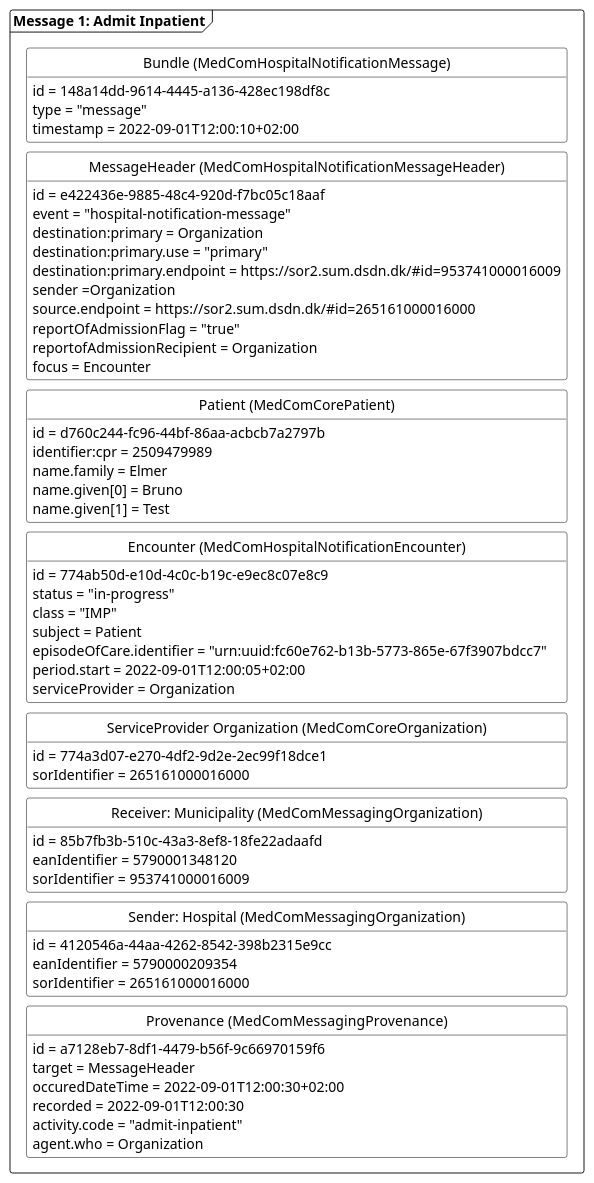
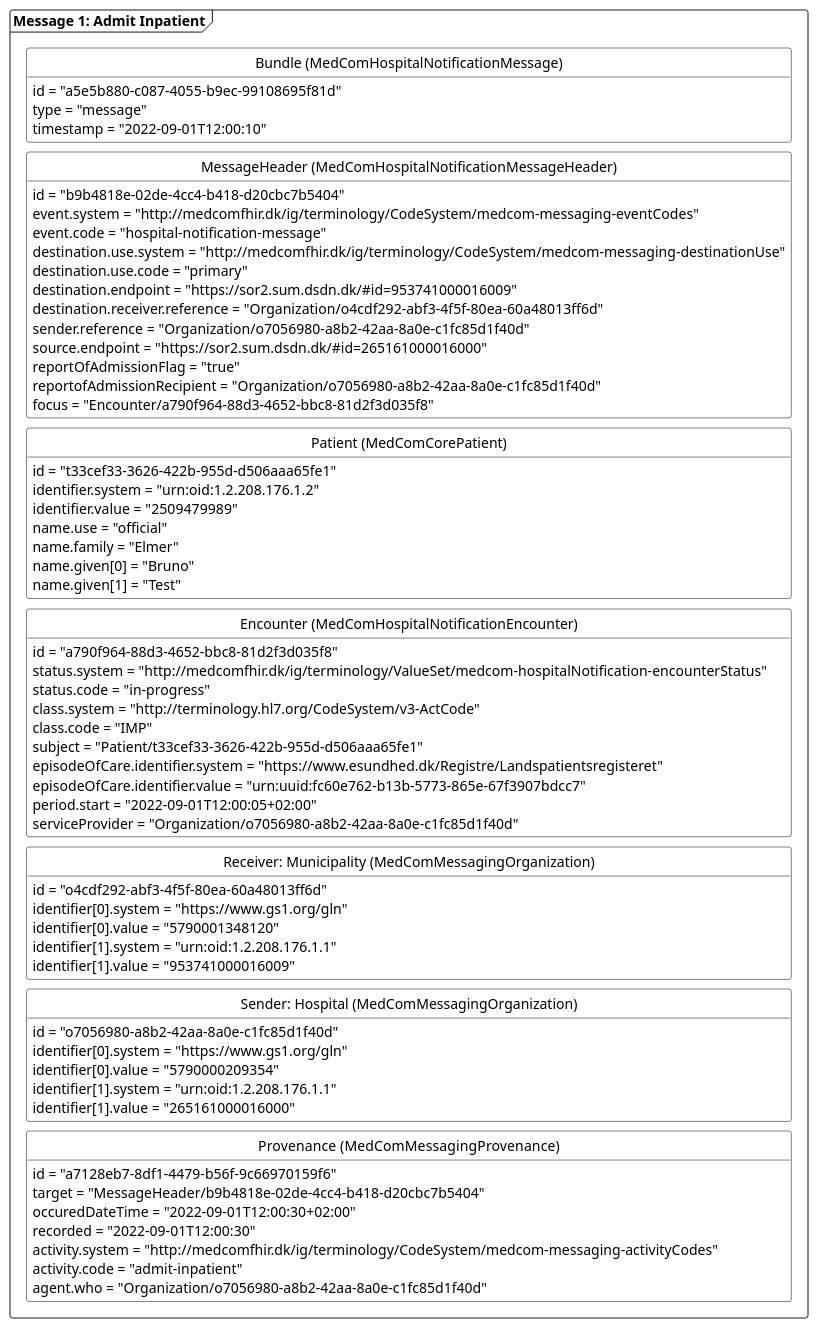
The diagram in puml/HospitalNotificationAdmitinpatient.puml (medcomdk/dk-medcom-hospitalnotification), drawn with PlantUML before and after one commit. The commit also changed 7 other files, not shown here.

```diff
--- a/puml/HospitalNotificationAdmitinpatient.puml
+++ b/puml/HospitalNotificationAdmitinpatient.puml
@@ -1,82 +1,88 @@
 @startuml HNAdmitInPat
 
 'layout
 skinparam class {
     BackgroundColor White
     BorderColor Black
     ArrowColor Black
   }
 hide circle
 hide empty members
 skinparam SameClassWidth true
 skinparam Ranksep 10
 
 'Message 1: Admit inpatient
 package "Message 1: Admit Inpatient" as admit <<Frame>>{
-    class "Bundle (MedComHospitalNotificationMessage)" as admitB{
-        id = 148a14dd-9614-4445-a136-428ec198df8c
+     class "Bundle (MedComHospitalNotificationMessage)" as admitB{
+        id = "a5e5b880-c087-4055-b9ec-99108695f81d"
         type = "message"
-        timestamp = 2022-09-01T12:00:10+02:00
+        timestamp = "2022-09-01T12:00:10"
     }
     class "MessageHeader (MedComHospitalNotificationMessageHeader)" as admitMH{
-        id = e422436e-9885-48c4-920d-f7bc05c18aaf
-        event = "hospital-notification-message"
-        destination:primary = Organization
-        destination:primary.use = "primary"
-        destination:primary.endpoint = https://sor2.sum.dsdn.dk/#id=953741000016009
-        sender =Organization
-        source.endpoint = https://sor2.sum.dsdn.dk/#id=265161000016000
+        id = "b9b4818e-02de-4cc4-b418-d20cbc7b5404"
+        event.system = "http://medcomfhir.dk/ig/terminology/CodeSystem/medcom-messaging-eventCodes"
+        event.code = "hospital-notification-message"
+        destination.use.system = "http://medcomfhir.dk/ig/terminology/CodeSystem/medcom-messaging-destinationUse"
+        destination.use.code = "primary"
+        destination.endpoint = "https://sor2.sum.dsdn.dk/#id=953741000016009"
+        destination.receiver.reference = "Organization/o4cdf292-abf3-4f5f-80ea-60a48013ff6d"
+        sender.reference = "Organization/o7056980-a8b2-42aa-8a0e-c1fc85d1f40d"
+        source.endpoint = "https://sor2.sum.dsdn.dk/#id=265161000016000"
         reportOfAdmissionFlag = "true"
-        reportofAdmissionRecipient = Organization
-        focus = Encounter
+        reportofAdmissionRecipient = "Organization/o7056980-a8b2-42aa-8a0e-c1fc85d1f40d"
+        focus = "Encounter/a790f964-88d3-4652-bbc8-81d2f3d035f8"
     }
     class "Patient (MedComCorePatient)" as admitPT{
-        id = d760c244-fc96-44bf-86aa-acbcb7a2797b
-        identifier:cpr = 2509479989
-        name.family = Elmer
-        name.given[0] = Bruno
-        name.given[1] = Test
+        id = "t33cef33-3626-422b-955d-d506aaa65fe1"
+        identifier.system = "urn:oid:1.2.208.176.1.2"
+        identifier.value = "2509479989"
+        name.use = "official"
+        name.family = "Elmer"
+        name.given[0] = "Bruno"
+        name.given[1] = "Test"
     }
     class "Encounter (MedComHospitalNotificationEncounter)" as admitENC{
-        id = 774ab50d-e10d-4c0c-b19c-e9ec8c07e8c9
-        status = "in-progress"
-        class = "IMP"
-        subject = Patient
-        episodeOfCare.identifier = "urn:uuid:fc60e762-b13b-5773-865e-67f3907bdcc7"
-        period.start = 2022-09-01T12:00:05+02:00
-        serviceProvider = Organization
+        id = "a790f964-88d3-4652-bbc8-81d2f3d035f8"
+        status.system = "http://medcomfhir.dk/ig/terminology/ValueSet/medcom-hospitalNotification-encounterStatus"
+        status.code = "in-progress"
+        class.system = "http://terminology.hl7.org/CodeSystem/v3-ActCode"
+        class.code = "IMP"
+        subject = "Patient/t33cef33-3626-422b-955d-d506aaa65fe1"
+        episodeOfCare.identifier.system = "https://www.esundhed.dk/Registre/Landspatientsregisteret"
+        episodeOfCare.identifier.value = "urn:uuid:fc60e762-b13b-5773-865e-67f3907bdcc7"
+        period.start = "2022-09-01T12:00:05+02:00"
+        serviceProvider = "Organization/o7056980-a8b2-42aa-8a0e-c1fc85d1f40d"
     }    
-    class "ServiceProvider Organization (MedComCoreOrganization)" as admitSPOrg{
-        id = 774a3d07-e270-4df2-9d2e-2ec99f18dce1
-        sorIdentifier = 265161000016000
-    }
     class "Receiver: Municipality (MedComMessagingOrganization)" as admitROrg{
-        id = 85b7fb3b-510c-43a3-8ef8-18fe22adaafd
-        eanIdentifier = 5790001348120
-        sorIdentifier = 953741000016009
+        id = "o4cdf292-abf3-4f5f-80ea-60a48013ff6d"
+        identifier[0].system = "https://www.gs1.org/gln"
+        identifier[0].value = "5790001348120"
+        identifier[1].system = "urn:oid:1.2.208.176.1.1"
+        identifier[1].value = "953741000016009"
     }
     class "Sender: Hospital (MedComMessagingOrganization)" as admitSOrg{
-        id = 4120546a-44aa-4262-8542-398b2315e9cc
-        eanIdentifier = 5790000209354
-        sorIdentifier = 265161000016000
+        id = "o7056980-a8b2-42aa-8a0e-c1fc85d1f40d"
+        identifier[0].system = "https://www.gs1.org/gln"
+        identifier[0].value = "5790000209354"
+        identifier[1].system = "urn:oid:1.2.208.176.1.1"
+        identifier[1].value = "265161000016000"
     }
     class "Provenance  (MedComMessagingProvenance)" as admitPRO{
-        id = a7128eb7-8df1-4479-b56f-9c66970159f6
-        target = MessageHeader
-        occuredDateTime = 2022-09-01T12:00:30+02:00
-        recorded = 2022-09-01T12:00:30
+        id = "a7128eb7-8df1-4479-b56f-9c66970159f6"
+        target = "MessageHeader/b9b4818e-02de-4cc4-b418-d20cbc7b5404"
+        occuredDateTime = "2022-09-01T12:00:30+02:00"
+        recorded = "2022-09-01T12:00:30"
+        activity.system = "http://medcomfhir.dk/ig/terminology/CodeSystem/medcom-messaging-activityCodes"
         activity.code = "admit-inpatient"
-        agent.who = Organization
+        agent.who = "Organization/o7056980-a8b2-42aa-8a0e-c1fc85d1f40d"
     }
 
 admitB -[hidden]- admitMH
 admitMH-[hidden]-admitPT
 admitPT-[hidden]-admitENC
-admitENC-[hidden]-admitSPOrg
-admitSPOrg-[hidden]-admitROrg
+admitENC-[hidden]-admitROrg
 admitROrg-[hidden]-admitSOrg
 admitSOrg-[hidden]-admitPRO
 }
 
-
 @enduml
```
